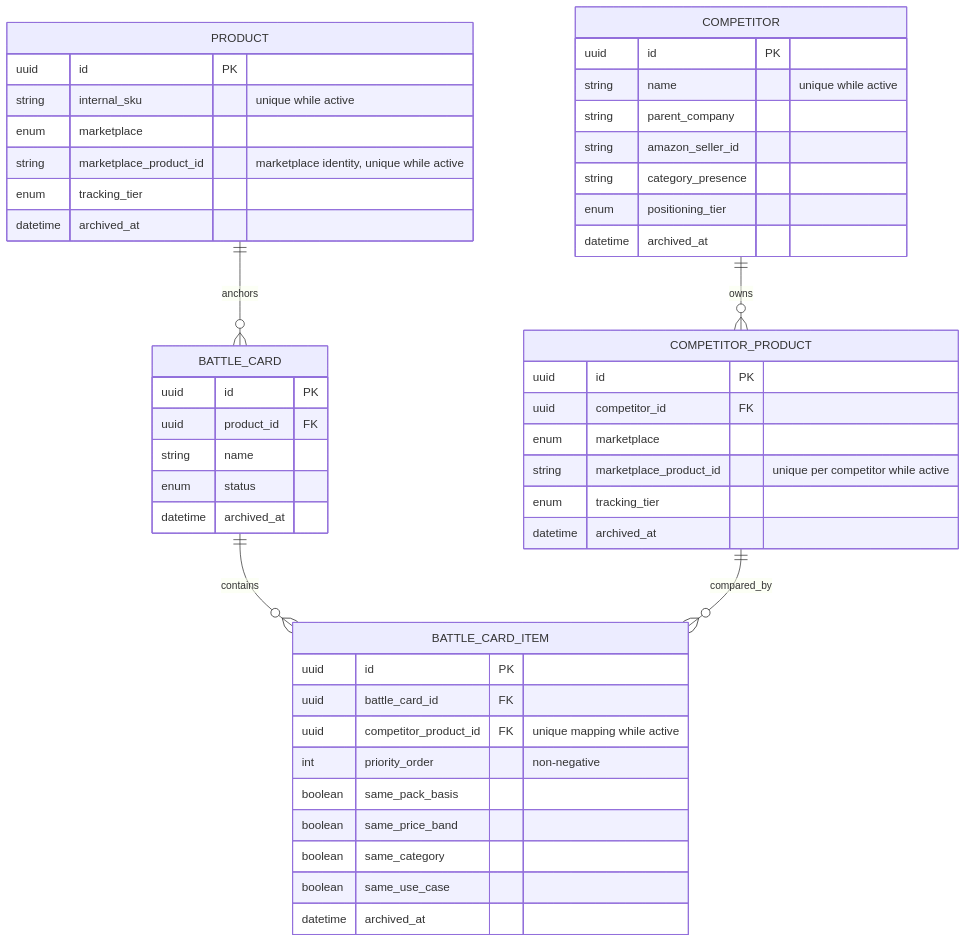
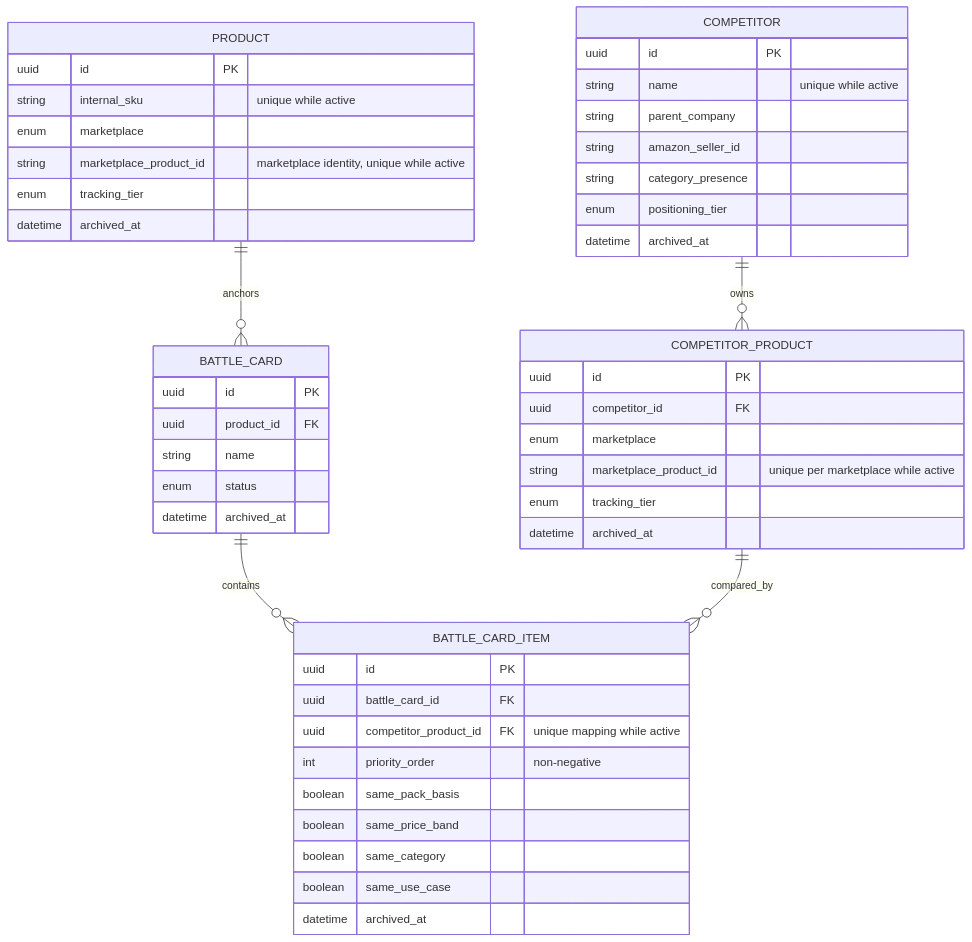
Before and after one commit to novel-admin/Novel-Signal: the diagram in docs/s1-universe/er-diagram.md, drawn with Mermaid. The commit also changed 17 other files, not shown here.

````diff
--- a/docs/s1-universe/er-diagram.md
+++ b/docs/s1-universe/er-diagram.md
@@ -3,51 +3,51 @@
 ```mermaid
 erDiagram
     COMPETITOR ||--o{ COMPETITOR_PRODUCT : owns
     PRODUCT ||--o{ BATTLE_CARD : anchors
     BATTLE_CARD ||--o{ BATTLE_CARD_ITEM : contains
     COMPETITOR_PRODUCT ||--o{ BATTLE_CARD_ITEM : compared_by
 
     COMPETITOR {
         uuid id PK
         string name "unique while active"
         string parent_company
         string amazon_seller_id
         string category_presence
         enum positioning_tier
         datetime archived_at
     }
     PRODUCT {
         uuid id PK
         string internal_sku "unique while active"
         enum marketplace
         string marketplace_product_id "marketplace identity, unique while active"
         enum tracking_tier
         datetime archived_at
     }
     COMPETITOR_PRODUCT {
         uuid id PK
         uuid competitor_id FK
         enum marketplace
-        string marketplace_product_id "unique per competitor while active"
+        string marketplace_product_id "unique per marketplace while active"
         enum tracking_tier
         datetime archived_at
     }
     BATTLE_CARD {
         uuid id PK
         uuid product_id FK
         string name
         enum status
         datetime archived_at
     }
     BATTLE_CARD_ITEM {
         uuid id PK
         uuid battle_card_id FK
         uuid competitor_product_id FK "unique mapping while active"
         int priority_order "non-negative"
         boolean same_pack_basis
         boolean same_price_band
         boolean same_category
         boolean same_use_case
         datetime archived_at
     }
 ```
````
